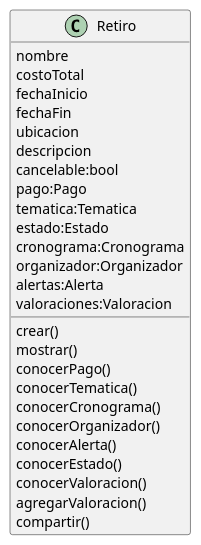
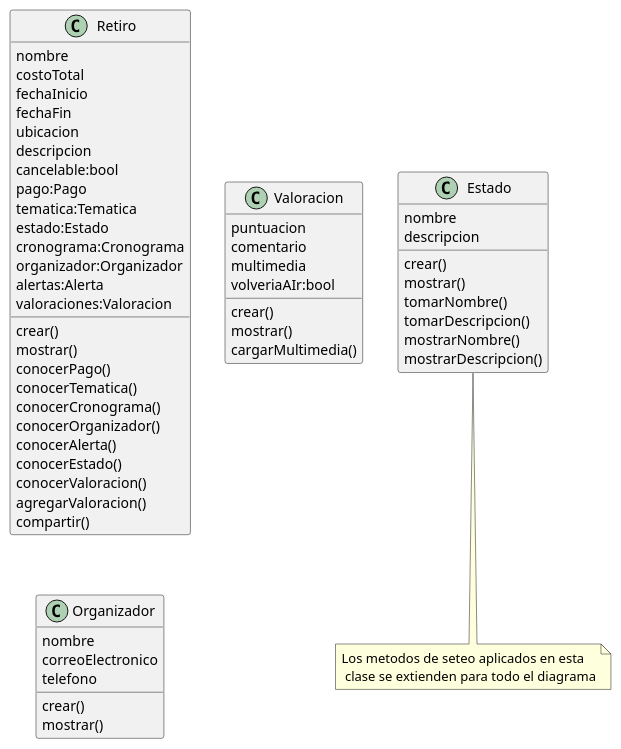
One commit to Facu-maldon/TPI-ASI-Grupo11 changed the diagram in Diagrama de clases.puml. Above: the diagram before and after it, drawn with PlantUML.

Commit message:
Agrega clases de gestion: Valoracion, Estado, Organizador y nota de métodos de seteos

```diff
--- a/Diagrama de clases.puml
+++ b/Diagrama de clases.puml
@@ -1,32 +1,67 @@
 @startuml retiros
 
 class Retiro{
     nombre
     costoTotal
     fechaInicio
     fechaFin
     ubicacion
     descripcion
     cancelable:bool
     pago:Pago
     tematica:Tematica
     estado:Estado
     cronograma:Cronograma
     organizador:Organizador
     alertas:Alerta
     valoraciones:Valoracion
 
     crear()
     mostrar()
     conocerPago()
     conocerTematica()
     conocerCronograma()
     conocerOrganizador()
     conocerAlerta()
     conocerEstado()
     conocerValoracion()
     agregarValoracion()
     compartir()
 }
 
+class Valoracion{
+    puntuacion
+    comentario
+    multimedia
+    volveriaAIr:bool
+
+    crear()
+    mostrar()
+    cargarMultimedia()
+}
+
+class Estado{
+    nombre
+    descripcion
+
+    crear()
+    mostrar()
+    tomarNombre()
+    tomarDescripcion()
+    mostrarNombre()
+    mostrarDescripcion()
+}
+
+class Organizador{
+    nombre
+    correoElectronico
+    telefono
+
+    crear()
+    mostrar()
+}
+
+
+note bottom of Estado : Los metodos de seteo aplicados en esta \n clase se extienden para todo el diagrama
+
 @enduml
```
